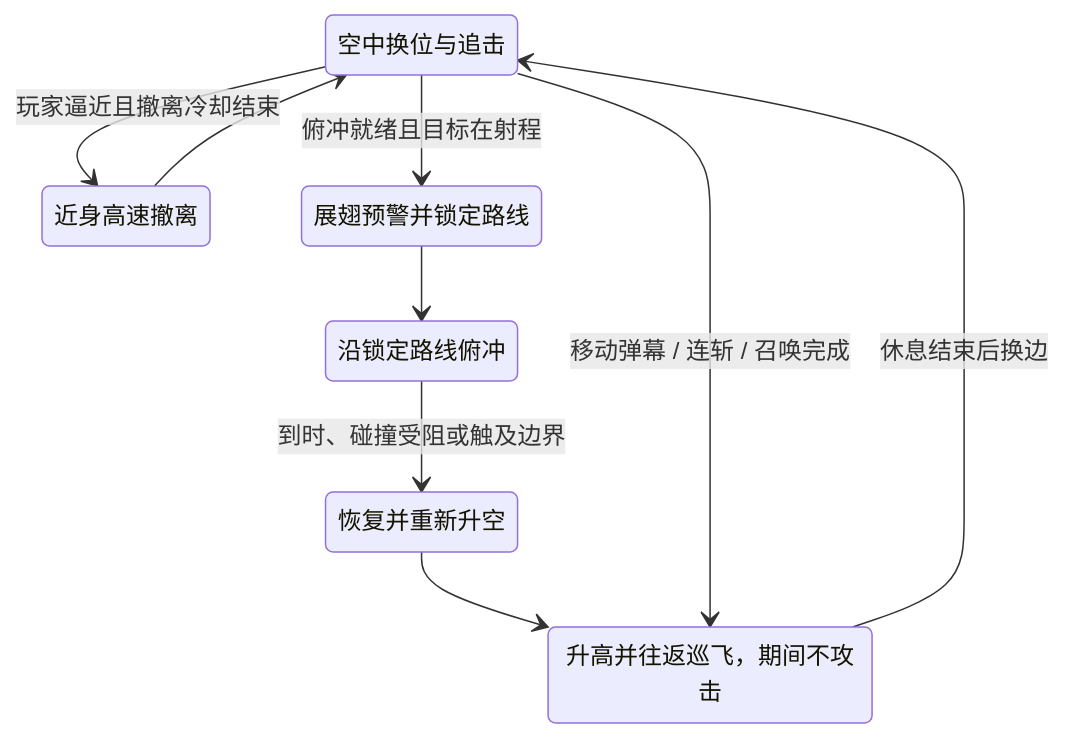
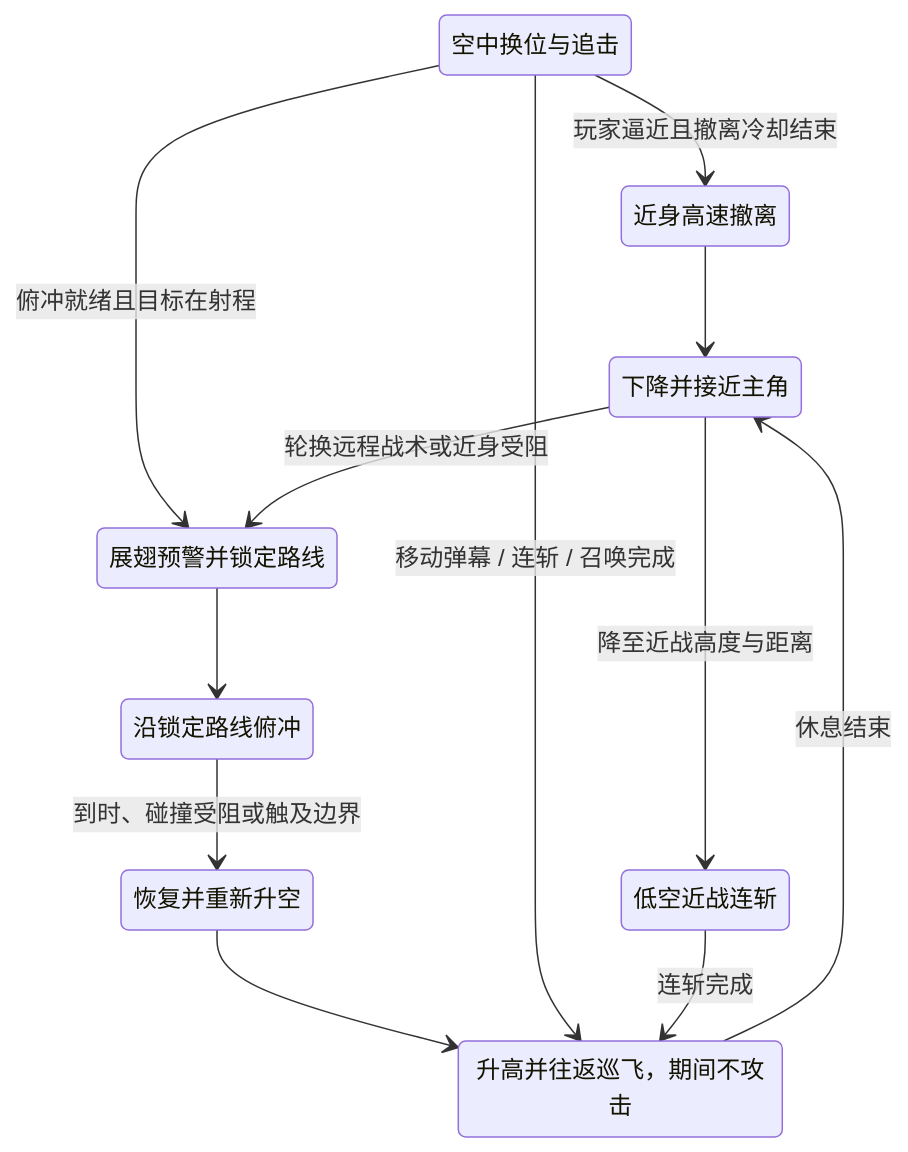
Before and after one commit to MorrowHome/Project-Rule: the third of 3 diagrams in Doc/敌人系统接入.md, drawn with Mermaid. The commit also changed other lines of this file and 7 other files, not shown here.

````diff
--- a/Doc/敌人系统接入.md
+++ b/Doc/敌人系统接入.md
@@ -154,17 +154,22 @@
 ```mermaid
 stateDiagram-v2
     Fly: 空中换位与追击
     Evade: 近身高速撤离
     Windup: 展翅预警并锁定路线
     Dash: 沿锁定路线俯冲
     Recover: 恢复并重新升空
     Rest: 升高并往返巡飞，期间不攻击
     Fly --> Evade: 玩家逼近且撤离冷却结束
-    Evade --> Fly
+    Evade --> Approach
     Fly --> Windup: 俯冲就绪且目标在射程
     Windup --> Dash
     Dash --> Recover: 到时、碰撞受阻或触及边界
     Recover --> Rest
     Fly --> Rest: 移动弹幕 / 连斩 / 召唤完成
-    Rest --> Fly: 休息结束后换边
+    Approach: 下降并接近主角
+    Slash: 低空近战连斩
+    Rest --> Approach: 休息结束
+    Approach --> Slash: 降至近战高度与距离
+    Slash --> Rest: 连斩完成
+    Approach --> Windup: 轮换远程战术或近身受阻
 ```
````
